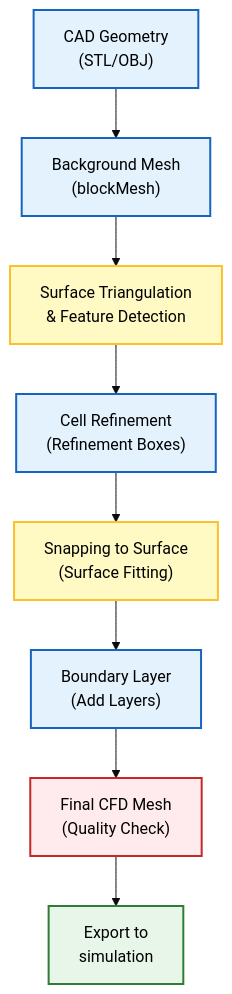
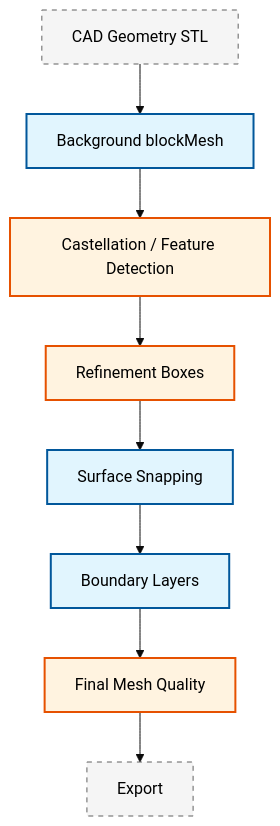
The first of 2 diagrams in MODULE_07_UTILITIES_AUTOMATION/CONTENT/00_Overview.md (wramet/build-my-cfd), drawn with Mermaid (base theme) before and after one commit. The commit also changed other lines of this file and 313 other files, not shown here.

Commit message:
Revise all diagram

````diff
--- a/MODULE_07_UTILITIES_AUTOMATION/CONTENT/00_Overview.md
+++ b/MODULE_07_UTILITIES_AUTOMATION/CONTENT/00_Overview.md
@@ -119,20 +119,13 @@
 ```mermaid
 graph TD
-    A["CAD Geometry<br/>(STL/OBJ)"] --> B["Background Mesh<br/>(blockMesh)"]
-    B --> C["Surface Triangulation<br/>& Feature Detection"]
-    C --> D["Cell Refinement<br/>(Refinement Boxes)"]
-    D --> E["Snapping to Surface<br/>(Surface Fitting)"]
-    E --> F["Boundary Layer<br/>(Add Layers)"]
-    F --> G["Final CFD Mesh<br/>(Quality Check)"]
-    G --> H["Export to<br/>simulation"]
-
-    classDef process fill:#e3f2fd,stroke:#1565c0,stroke-width:2px,color:#000;
-    classDef decision fill:#fff9c4,stroke:#fbc02d,stroke-width:2px,color:#000;
-    classDef terminator fill:#ffebee,stroke:#c62828,stroke-width:2px,color:#000;
-    classDef storage fill:#e8f5e9,stroke:#2e7d32,stroke-width:2px,color:#000;
-
-    class A,B,D,F process;
-    class C,E decision;
-    class G terminator;
-    class H storage;
+classDef implicit fill:#e1f5fe,stroke:#01579b,stroke-width:2px,color:#000
+classDef explicit fill:#fff3e0,stroke:#e65100,stroke-width:2px,color:#000
+classDef context fill:#f5f5f5,stroke:#616161,stroke-width:1px,color:#000,stroke-dasharray: 5 5
+A[CAD Geometry STL]:::context --> B[Background blockMesh]:::implicit
+B --> C[Castellation / Feature Detection]:::explicit
+C --> D[Refinement Boxes]:::explicit
+D --> E[Surface Snapping]:::implicit
+E --> F[Boundary Layers]:::implicit
+F --> G[Final Mesh Quality]:::explicit
+G --> H[Export]:::context
 ```
````
